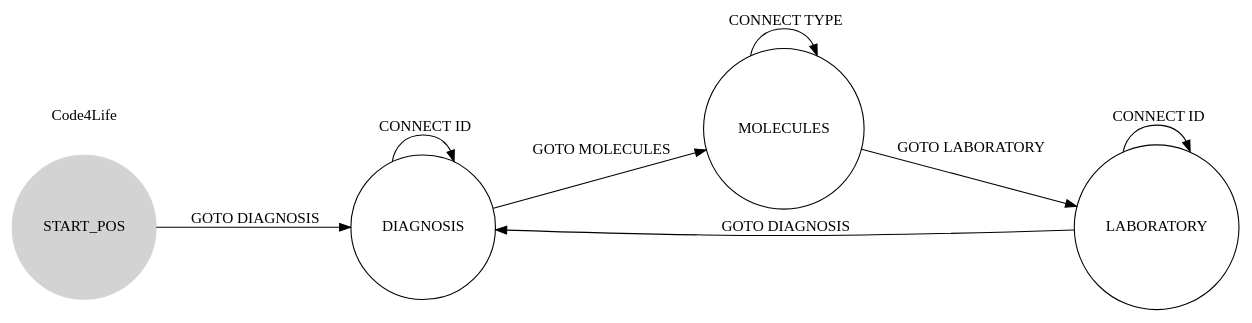
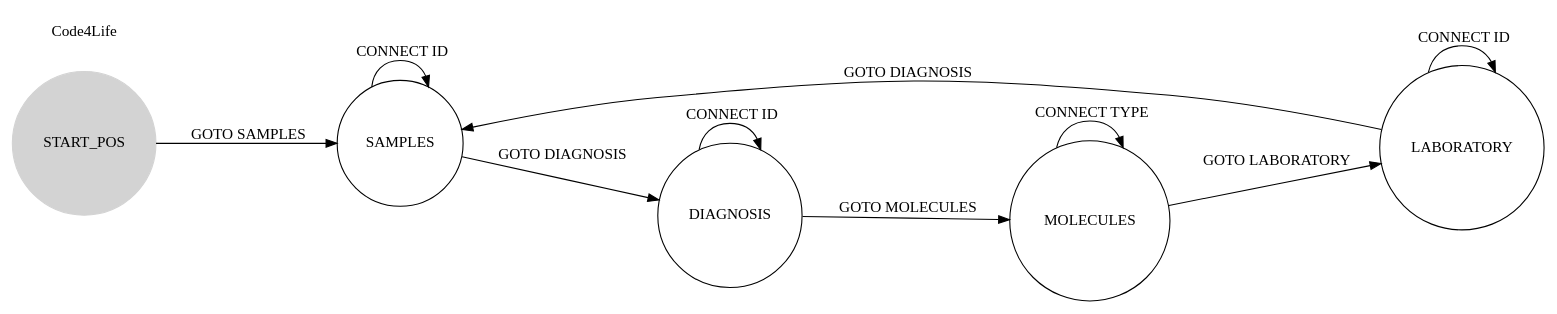
One commit to packerboy/code4life changed the diagram in README.adoc. Above: the diagram before and after it, drawn with Graphviz.

Commit message:
Update docu

```diff
--- a/README.adoc
+++ b/README.adoc
@@ -17,24 +17,28 @@
 ["graphviz", "sample2.png"]
 ---------------------------------------------------------------------
 digraph code4life {
   rankdir=LR;
   node [shape = circle];
   START_POS [ style = filled, color=lightgrey ];
   DIAGNOSIS
   MOLECULES
   LABORATORY
   #2 [ shape = doublecircle ];
-  START_POS  -> DIAGNOSIS   [ label = "  GOTO DIAGNOSIS"];
+  START_POS  -> SAMPLES   [ label = "  GOTO SAMPLES"];
+
+  SAMPLES    -> SAMPLES   [ label = "  CONNECT ID"];
+  SAMPLES    -> DIAGNOSIS [ label = "  GOTO DIAGNOSIS"];
+
 
   DIAGNOSIS  -> DIAGNOSIS   [ label = "  CONNECT ID"];
   DIAGNOSIS  -> MOLECULES   [ label = "  GOTO MOLECULES"];
   
   MOLECULES  -> MOLECULES   [ label = "  CONNECT TYPE"];
   MOLECULES  -> LABORATORY  [ label = "  GOTO LABORATORY"];
   
   LABORATORY -> LABORATORY  [ label = "  CONNECT ID"];
-  LABORATORY -> DIAGNOSIS   [ label = "  GOTO DIAGNOSIS"];
+  LABORATORY -> SAMPLES   [ label = "  GOTO DIAGNOSIS"];
 
   "Code4Life" [ shape = plaintext ];
 }
 ---------------------------------------------------------------------
```
